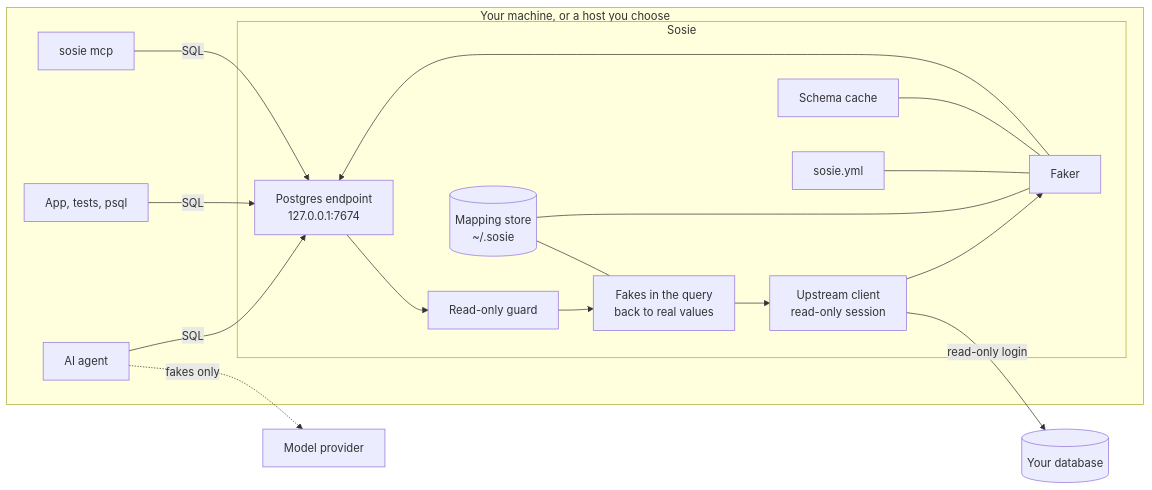
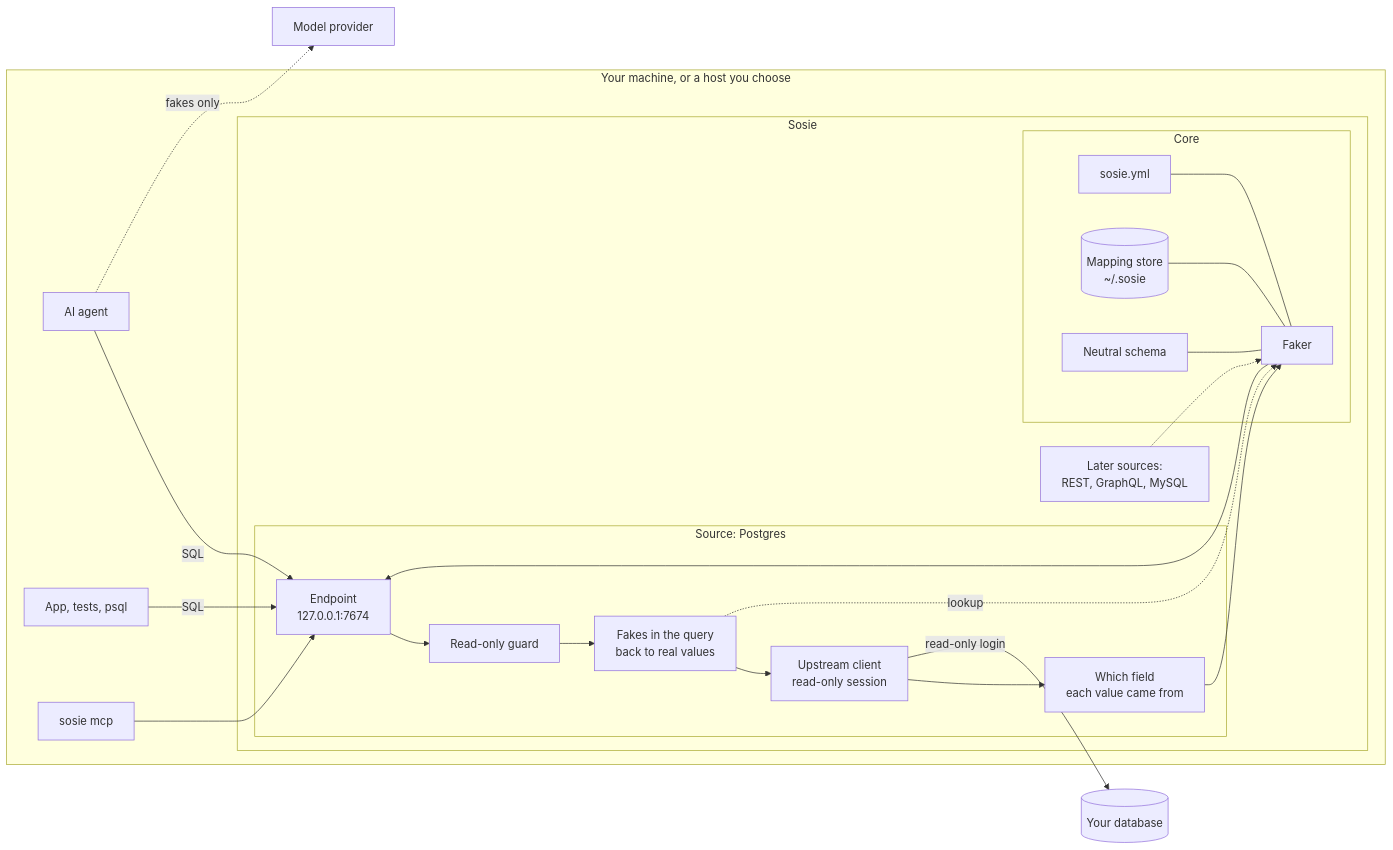
The first of 2 diagrams in docs/hld.md (monkilabs/sosie), drawn with Mermaid before and after one commit. The commit also changed other lines of this file and 3 other files, not shown here.

First line of the commit message:
docs: a source-agnostic core with sources as packages; current versions

````diff
--- a/docs/hld.md
+++ b/docs/hld.md
@@ -41,21 +51,28 @@
 ```mermaid
 flowchart LR
   subgraph host["Your machine, or a host you choose"]
     agent["AI agent"] -->|SQL| endpoint
     app["App, tests, psql"] -->|SQL| endpoint
-    mcp["sosie mcp"] -->|SQL| endpoint
+    mcp["sosie mcp"] --> endpoint
     subgraph sosie["Sosie"]
-      endpoint["Postgres endpoint<br/>127.0.0.1:7674"] --> guard["Read-only guard"]
-      guard --> rewrite["Fakes in the query<br/>back to real values"]
-      rewrite --> upstream["Upstream client<br/>read-only session"]
-      upstream --> faker["Faker"]
+      subgraph pg["Source: Postgres"]
+        endpoint["Endpoint<br/>127.0.0.1:7674"] --> guard["Read-only guard"]
+        guard --> rewrite["Fakes in the query<br/>back to real values"]
+        rewrite --> upstream["Upstream client<br/>read-only session"]
+        upstream --> results["Which field<br/>each value came from"]
+      end
+      subgraph core["Core"]
+        faker["Faker"]
+        rules["sosie.yml"] --- faker
+        store[("Mapping store<br/>~/.sosie")] --- faker
+        schema["Neutral schema"] --- faker
+      end
+      results --> faker
+      rewrite -. lookup .-> faker
       faker --> endpoint
-      store[("Mapping store<br/>~/.sosie")] --- rewrite
-      store --- faker
-      rules["sosie.yml"] --- faker
-      schema["Schema cache"] --- faker
+      later["Later sources:<br/>REST, GraphQL, MySQL"] -.-> faker
     end
   end
   upstream -->|read-only login| db[("Your database")]
   agent -.->|fakes only| model["Model provider"]
 ```
````
